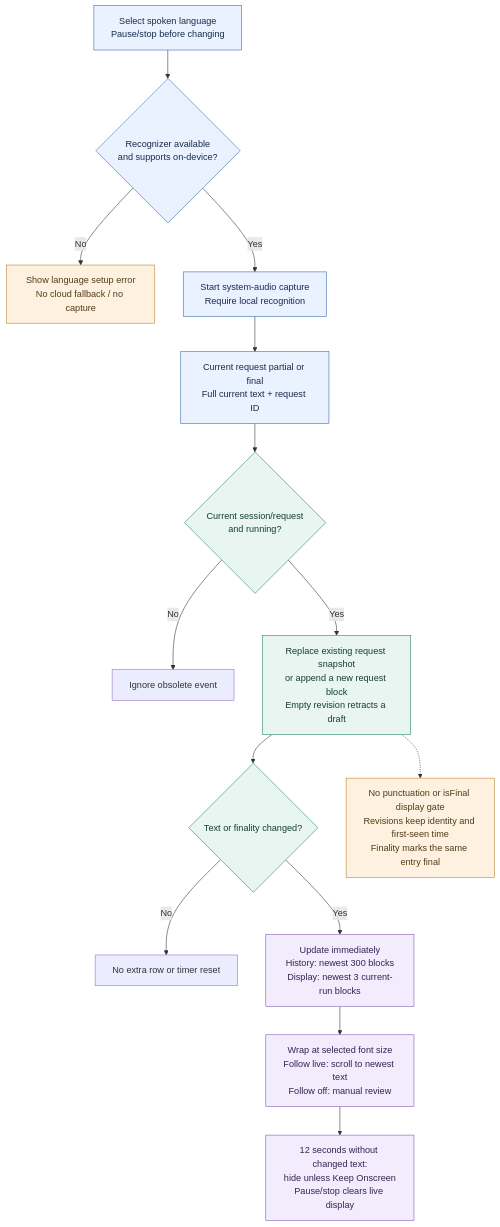
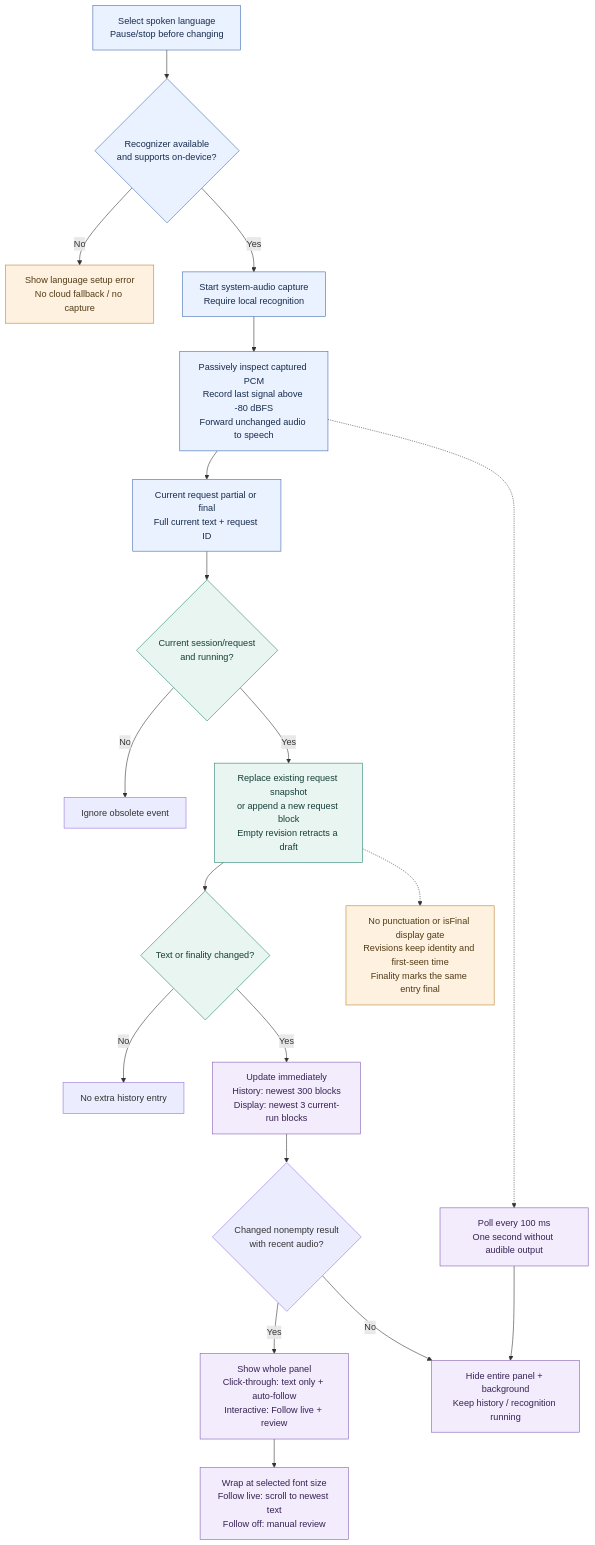
Before and after one commit to mattt-s/ImmersionCaption: the diagram in docs/diagrams/caption-policy.mmd, drawn with Mermaid. The commit also changed 23 other files, not shown here.

Commit message:
Hide click-through controls and dismiss captions during silent output

```diff
--- a/docs/diagrams/caption-policy.mmd
+++ b/docs/diagrams/caption-policy.mmd
@@ -1,33 +1,40 @@
 flowchart TD
     accTitle: Immediate revisable caption display policy
     accDescr: Select a locally supported language while paused or stopped. Each partial immediately replaces its request snapshot. Finality updates metadata rather than gating display. Recent text wraps and scrolls; history and display buffers are bounded.
     Select["Select spoken language<br/>Pause/stop before changing"]
     Ready{"Recognizer available<br/>and supports on-device?"}
     Error["Show language setup error<br/>No cloud fallback / no capture"]
     Start["Start system-audio capture<br/>Require local recognition"]
     Event["Current request partial or final<br/>Full current text + request ID"]
     Current{"Current session/request<br/>and running?"}
     Ignore["Ignore obsolete event"]
     Update["Replace existing request snapshot<br/>or append a new request block<br/>Empty revision retracts a draft"]
     Changed{"Text or finality changed?"}
-    Duplicate["No extra row or timer reset"]
+    Duplicate["No extra history entry"]
     Publish["Update immediately<br/>History: newest 300 blocks<br/>Display: newest 3 current-run blocks"]
     Scroll["Wrap at selected font size<br/>Follow live: scroll to newest text<br/>Follow off: manual review"]
-    Idle["12 seconds without changed text:<br/>hide unless Keep Onscreen<br/>Pause/stop clears live display"]
+    Signal["Passively inspect captured PCM<br/>Record last signal above -80 dBFS<br/>Forward unchanged audio to speech"]
+    Quiet["Poll every 100 ms<br/>One second without audible output"]
+    Hide["Hide entire panel + background<br/>Keep history / recognition running"]
+    Audible{"Changed nonempty result<br/>with recent audio?"}
+    Show["Show whole panel<br/>Click-through: text only + auto-follow<br/>Interactive: Follow live + review"]
     Note["No punctuation or isFinal display gate<br/>Revisions keep identity and first-seen time<br/>Finality marks the same entry final"]
     Select --> Ready
     Ready -->|"No"| Error
-    Ready -->|"Yes"| Start --> Event --> Current
+    Ready -->|"Yes"| Start --> Signal --> Event --> Current
+    Signal -.-> Quiet --> Hide
     Current -->|"No"| Ignore
     Current -->|"Yes"| Update --> Changed
     Changed -->|"No"| Duplicate
-    Changed -->|"Yes"| Publish --> Scroll --> Idle
+    Changed -->|"Yes"| Publish --> Audible
+    Audible -->|"Yes"| Show --> Scroll
+    Audible -->|"No"| Hide
     Update -.-> Note
     classDef input fill:#eaf2ff,stroke:#3b67b1,color:#172b4d
     classDef policy fill:#e8f5f1,stroke:#23836d,color:#153e35
     classDef output fill:#f2ecfc,stroke:#815bb3,color:#382254
     classDef warning fill:#fff1df,stroke:#b9822d,color:#513b16
-    class Select,Ready,Start,Event input
+    class Select,Ready,Start,Signal,Event input
     class Current,Update,Changed policy
-    class Publish,Scroll,Idle output
+    class Publish,Scroll,Show,Quiet,Hide output
     class Error,Note warning
```
